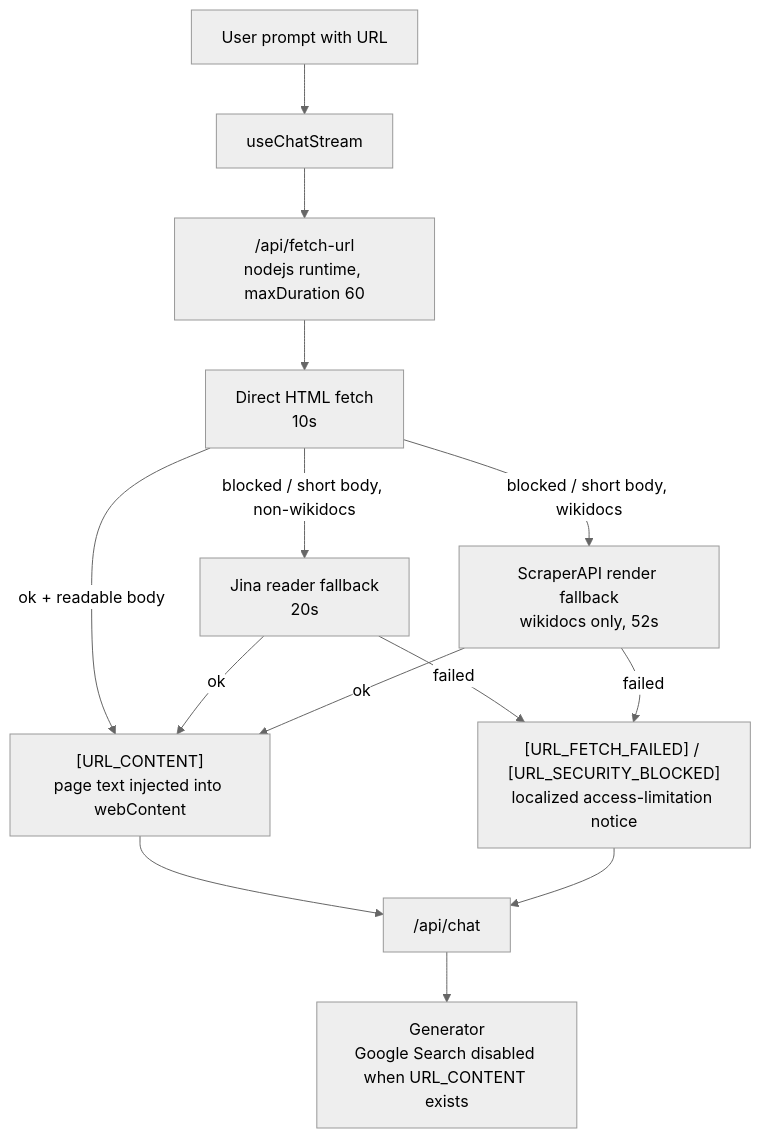
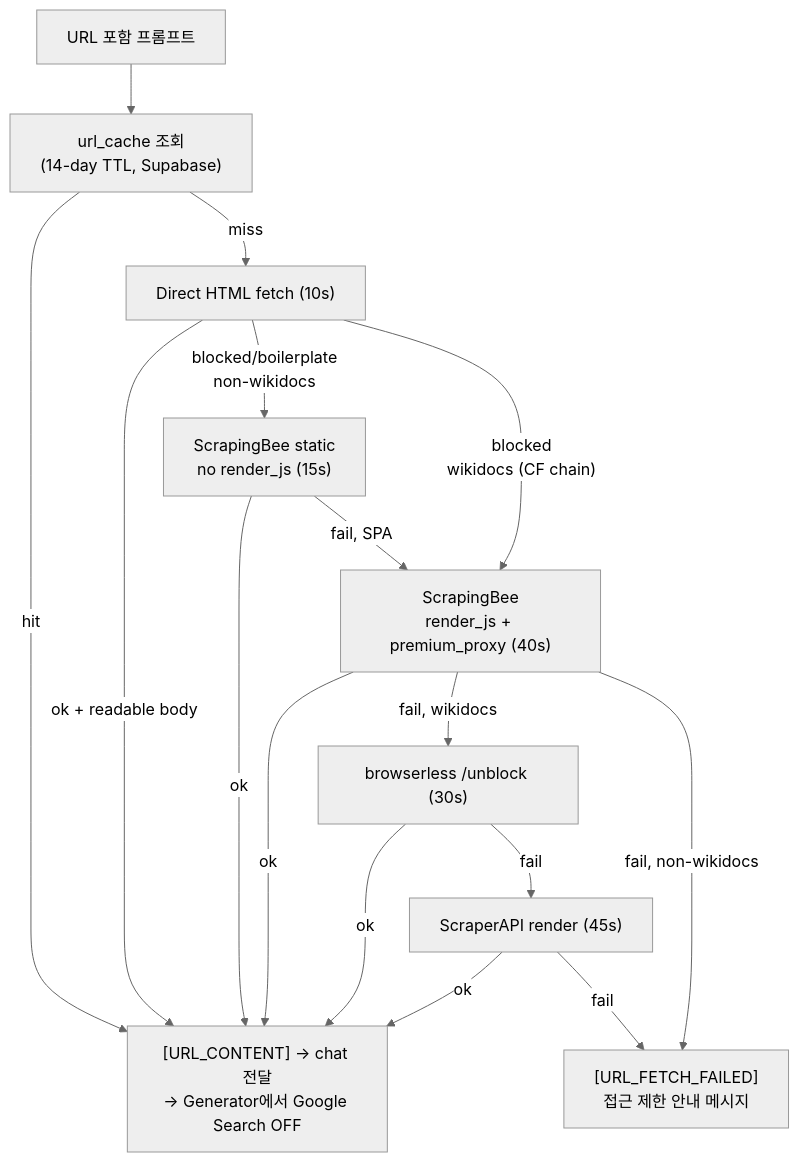
The third of 5 diagrams in docs/guide/REF_Architecture.md (jpjp92/chat-agent), drawn with Mermaid (neutral theme) before and after one commit. The commit also changed other lines of this file and 5 other files, not shown here.

First line of the commit message:
docs: URL/이미지/영상 모델 정책·url_cache 문서화 + DEV_260626

````diff
--- a/docs/guide/REF_Architecture.md
+++ b/docs/guide/REF_Architecture.md
@@ -68,24 +84,27 @@
 ```mermaid
 flowchart TB
-    Prompt["User prompt with URL"]
-    Stream["useChatStream"]
-    FetchURL["/api/fetch-url\nnodejs runtime, maxDuration 60"]
-    Direct["Direct HTML fetch\n10s"]
-    Jina["Jina reader fallback\n20s"]
-    Scraper["ScraperAPI render fallback\nwikidocs only, 52s"]
-    Content["[URL_CONTENT]\npage text injected into webContent"]
-    Failed["[URL_FETCH_FAILED] / [URL_SECURITY_BLOCKED]\nlocalized access-limitation notice"]
-    Chat["/api/chat"]
-    Generator["Generator\nGoogle Search disabled when URL_CONTENT exists"]
+    Prompt["URL 포함 프롬프트"]
+    Cache["url_cache 조회\n(14-day TTL, Supabase)"]
+    Direct["Direct HTML fetch (10s)"]
+    ScrapingBee["ScrapingBee\nrender_js + premium_proxy (40s)"]
+    Browserless["browserless /unblock (30s)"]
+    ScraperAPI["ScraperAPI render (45s)"]
+    Content["[URL_CONTENT] → chat 전달\n→ Generator에서 Google Search OFF"]
+    Failed["[URL_FETCH_FAILED]\n접근 제한 안내 메시지"]
 
-    Prompt --> Stream --> FetchURL --> Direct
+    Prompt --> Cache
+    Cache -- hit --> Content
+    Cache -- miss --> Direct
     Direct -- "ok + readable body" --> Content
-    Direct -- "blocked / short body, non-wikidocs" --> Jina
-    Direct -- "blocked / short body, wikidocs" --> Scraper
-    Jina -- "ok" --> Content
-    Jina -- "failed" --> Failed
-    Scraper -- "ok" --> Content
-    Scraper -- "failed" --> Failed
-    Content --> Chat --> Generator
-    Failed --> Chat
+    Direct -- "blocked/boilerplate\nnon-wikidocs" --> ScrapingBeeStatic["ScrapingBee static\nno render_js (15s)"]
+    Direct -- "blocked\nwikidocs (CF chain)" --> ScrapingBee
+    ScrapingBeeStatic -- ok --> Content
+    ScrapingBeeStatic -- fail, SPA --> ScrapingBee
+    ScrapingBee -- ok --> Content
+    ScrapingBee -- fail, wikidocs --> Browserless
+    Browserless -- ok --> Content
+    Browserless -- fail --> ScraperAPI
+    ScraperAPI -- ok --> Content
+    ScraperAPI -- fail --> Failed
+    ScrapingBee -- fail, non-wikidocs --> Failed
 ```
````
